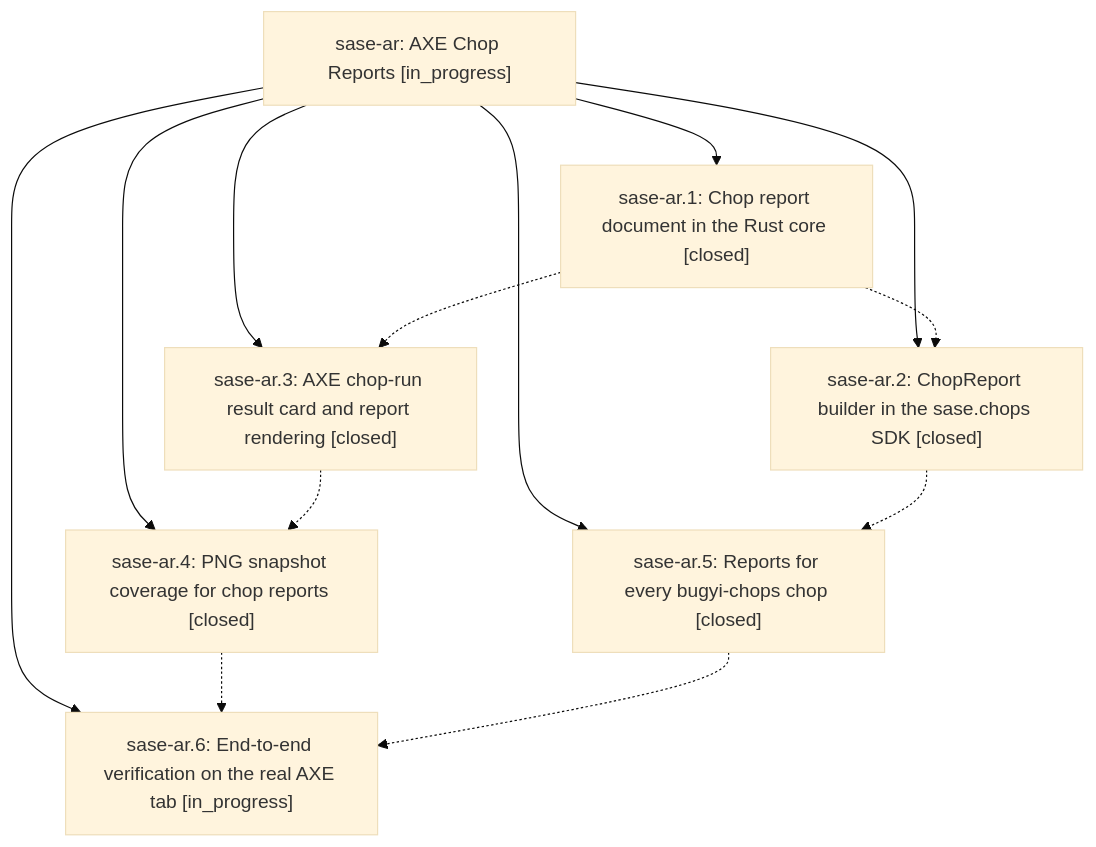
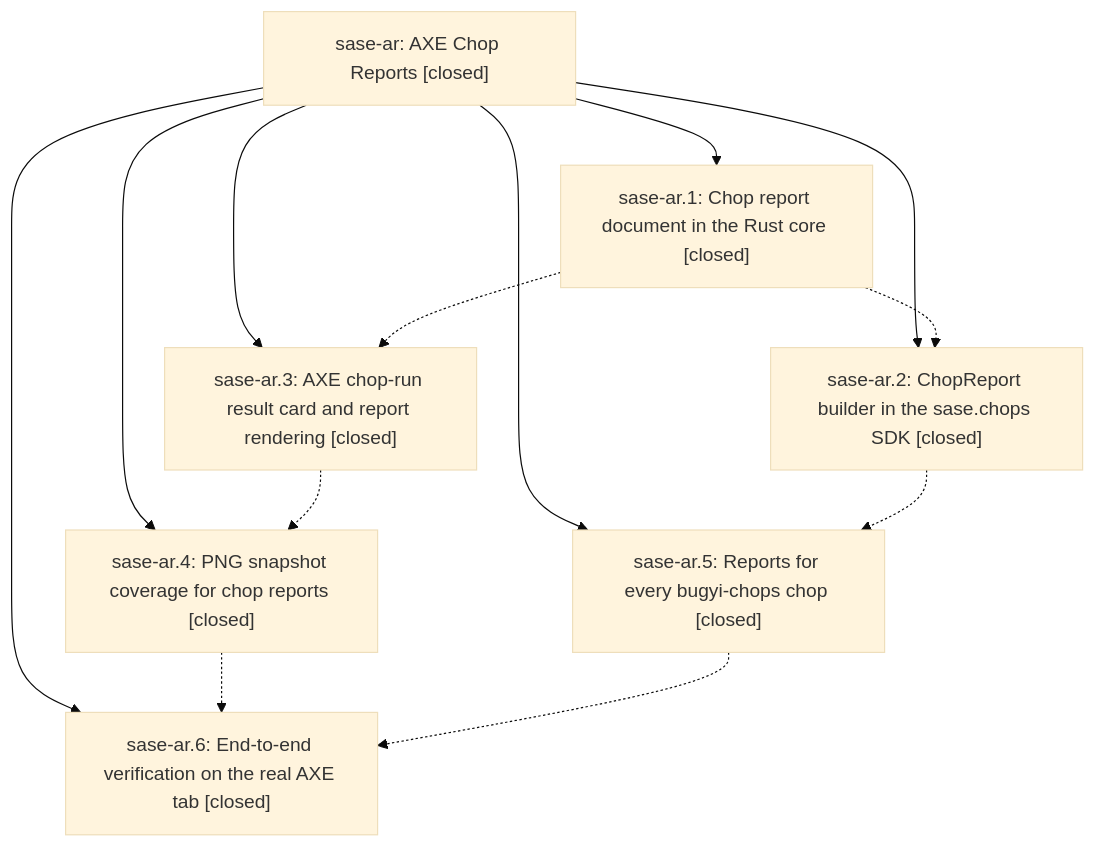
One commit to sase-org/sase--beads changed the diagram in pages/sase-ar/README.md. Above: the diagram before and after it, drawn with Mermaid (base theme). The commit also changed other lines of this file and 3 other files, not shown here.

````diff
--- a/pages/sase-ar/README.md
+++ b/pages/sase-ar/README.md
@@ -27,22 +35,22 @@
 ```mermaid
 flowchart TD
-    n0["sase-ar: AXE Chop Reports [in_progress]"]
+    n0["sase-ar: AXE Chop Reports [closed]"]
     n1["sase-ar.1: Chop report document in the Rust core [closed]"]
     n2["sase-ar.2: ChopReport builder in the sase.chops SDK [closed]"]
     n3["sase-ar.3: AXE chop-run result card and report rendering [closed]"]
     n4["sase-ar.4: PNG snapshot coverage for chop reports [closed]"]
     n5["sase-ar.5: Reports for every bugyi-chops chop [closed]"]
-    n6["sase-ar.6: End-to-end verification on the real AXE tab [in_progress]"]
+    n6["sase-ar.6: End-to-end verification on the real AXE tab [closed]"]
     n0 --> n1
     n0 --> n2
     n0 --> n3
     n0 --> n4
     n0 --> n5
     n0 --> n6
     n1 -.-> n2
     n1 -.-> n3
     n2 -.-> n5
     n3 -.-> n4
     n4 -.-> n6
     n5 -.-> n6
 ```
````
